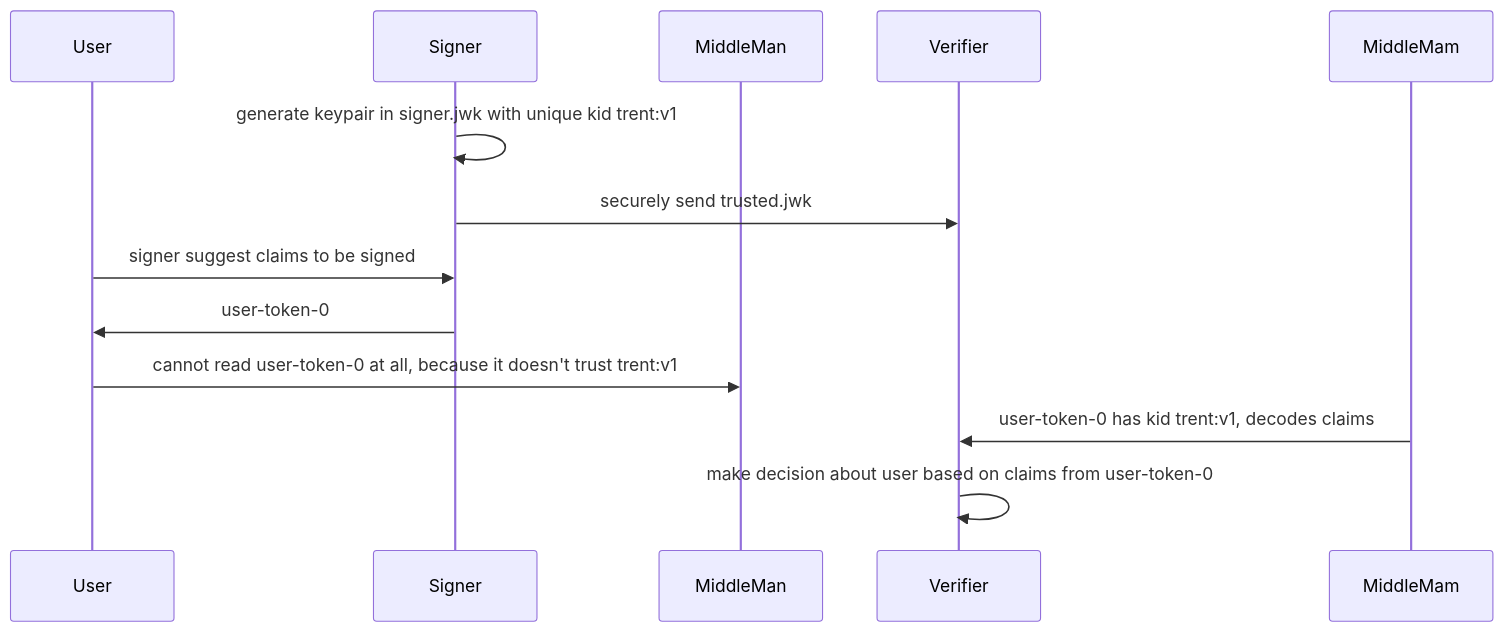
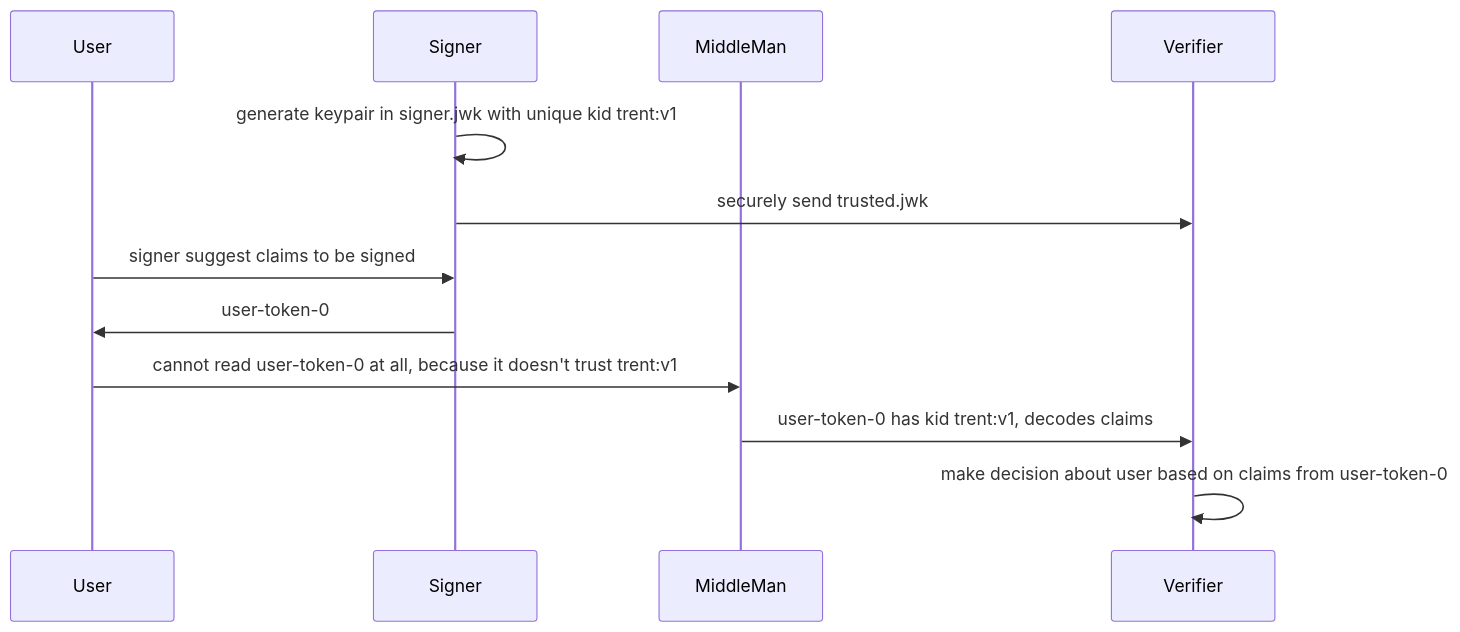
Before and after one commit to rfielding/whiskeyTango: the diagram in README.md, drawn with Mermaid.

Commit message:
add diagram

````diff
--- a/README.md
+++ b/README.md
@@ -23,14 +23,14 @@
 ```mermaid
 sequenceDiagram
   participant User
   participant Signer
   participant MiddleMan
   participant Verifier
   Signer->>Signer: generate keypair in signer.jwk with unique kid trent:v1
   Signer->>Verifier: securely send trusted.jwk
   User->>Signer: signer suggest claims to be signed
   Signer->>User: user-token-0
   User->>MiddleMan: cannot read user-token-0 at all, because it doesn't trust trent:v1
-  MiddleMam->>Verifier: user-token-0 has kid trent:v1, decodes claims
+  MiddleMan->>Verifier: user-token-0 has kid trent:v1, decodes claims
   Verifier->>Verifier: make decision about user based on claims from user-token-0
 ```
````
